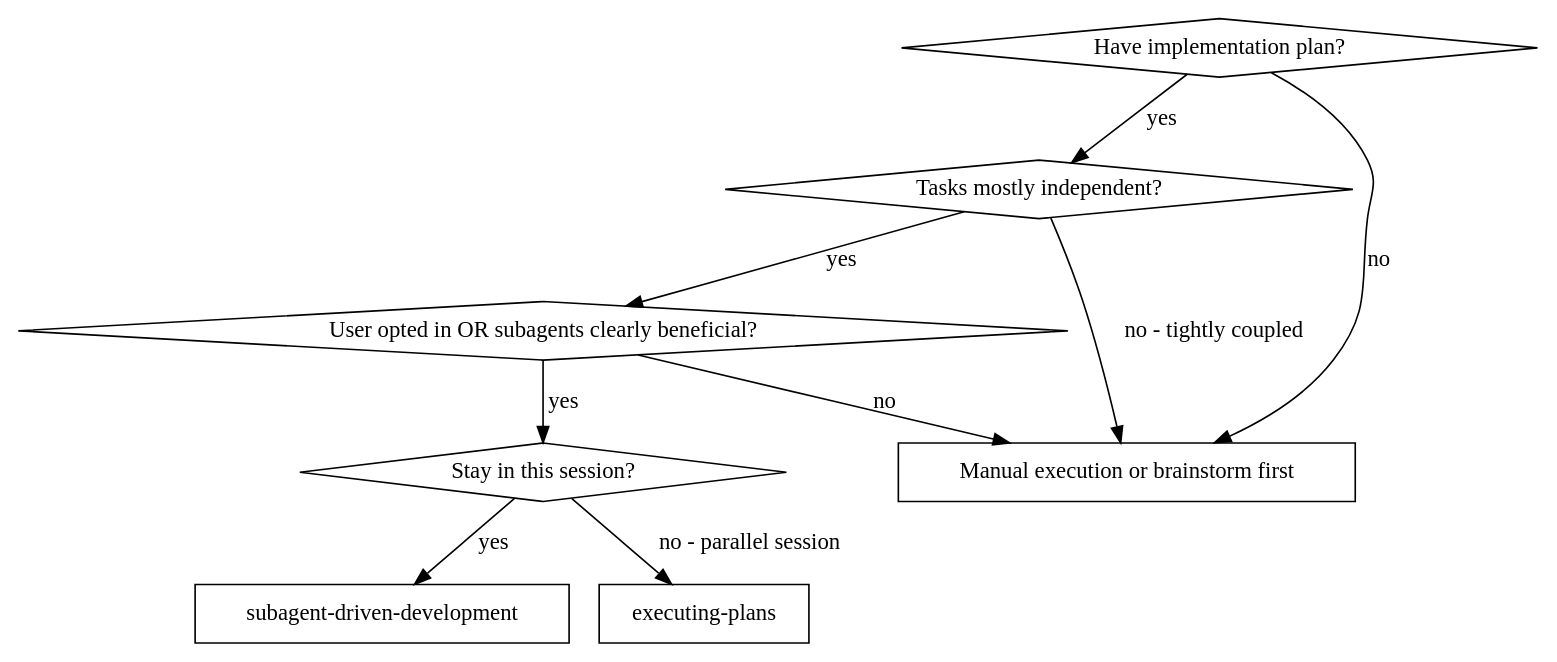
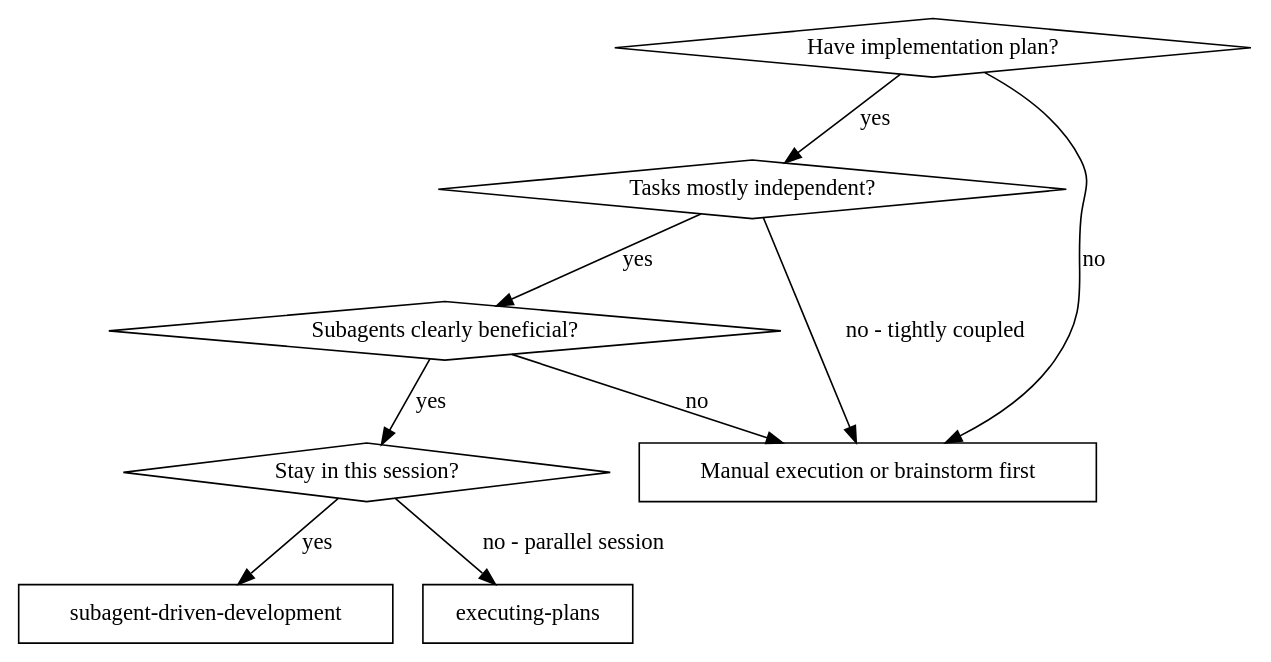
The first of 2 diagrams in skills/subagent-driven-development/SKILL.md (Ayagikei/superpowers), drawn with Graphviz before and after one commit. The commit also changed other lines of this file and 2 other files, not shown here.

````diff
--- a/skills/subagent-driven-development/SKILL.md
+++ b/skills/subagent-driven-development/SKILL.md
@@ -22,20 +22,20 @@
 ```dot
 digraph when_to_use {
     "Have implementation plan?" [shape=diamond];
     "Tasks mostly independent?" [shape=diamond];
-    "User opted in OR subagents clearly beneficial?" [shape=diamond];
+    "Subagents clearly beneficial?" [shape=diamond];
     "Stay in this session?" [shape=diamond];
     "subagent-driven-development" [shape=box];
     "executing-plans" [shape=box];
     "Manual execution or brainstorm first" [shape=box];
 
     "Have implementation plan?" -> "Tasks mostly independent?" [label="yes"];
     "Have implementation plan?" -> "Manual execution or brainstorm first" [label="no"];
-    "Tasks mostly independent?" -> "User opted in OR subagents clearly beneficial?" [label="yes"];
+    "Tasks mostly independent?" -> "Subagents clearly beneficial?" [label="yes"];
     "Tasks mostly independent?" -> "Manual execution or brainstorm first" [label="no - tightly coupled"];
-    "User opted in OR subagents clearly beneficial?" -> "Stay in this session?" [label="yes"];
-    "User opted in OR subagents clearly beneficial?" -> "Manual execution or brainstorm first" [label="no"];
+    "Subagents clearly beneficial?" -> "Stay in this session?" [label="yes"];
+    "Subagents clearly beneficial?" -> "Manual execution or brainstorm first" [label="no"];
     "Stay in this session?" -> "subagent-driven-development" [label="yes"];
     "Stay in this session?" -> "executing-plans" [label="no - parallel session"];
 }
 ```
````
